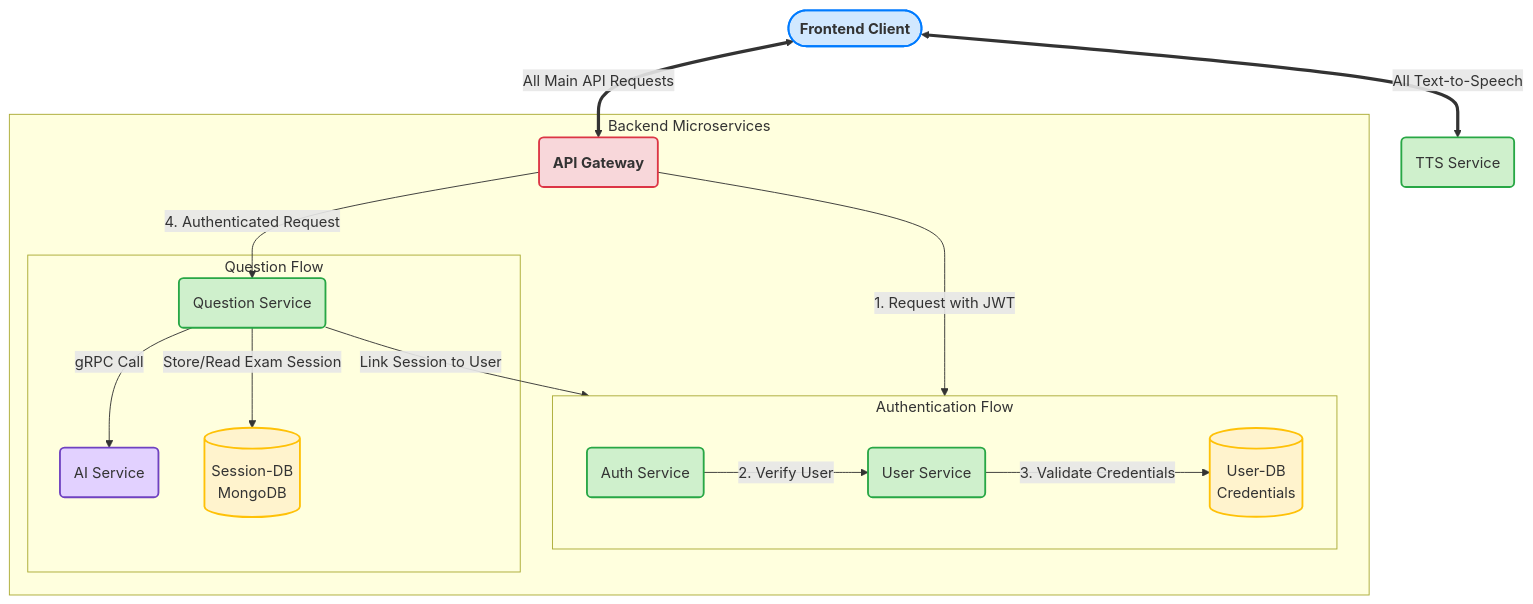
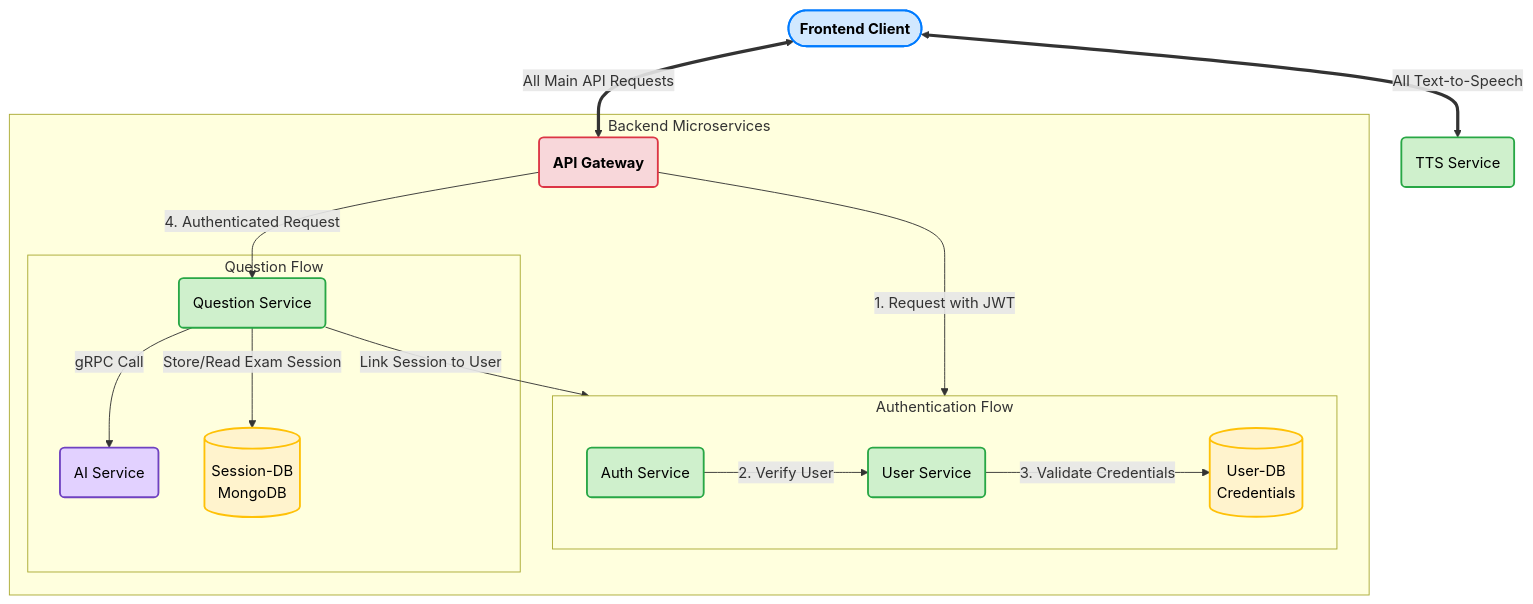
One commit to sanjog0810/De-Code changed the diagram in README.md. Above: the diagram before and after it, drawn with Mermaid.

````diff
--- a/README.md
+++ b/README.md
@@ -46,59 +46,60 @@
 ```mermaid
 graph TD
     %% --- Definitions & Styling ---
-    classDef frontend fill:#D1E8FF,stroke:#007bff,stroke-width:2px,font-weight:bold;
-    classDef service fill:#CFF0CC,stroke:#28a745,stroke-width:2px;
-    classDef specialSvc fill:#E2D1FF,stroke:#6f42c1,stroke-width:2px;
-    classDef gateway fill:#F8D7DA,stroke:#dc3545,stroke-width:2px,font-weight:bold;
-    classDef db fill:#FFF3CD,stroke:#ffc107,stroke-width:2px;
+    classDef frontend fill:#D1E8FF,stroke:#007bff,stroke-width:2px,font-weight:bold,color:#000000;
+    classDef service fill:#CFF0CC,stroke:#28a745,stroke-width:2px,color:#000000;
+    classDef specialSvc fill:#E2D1FF,stroke:#6f42c1,stroke-width:2px,color:#000000;
+    classDef gateway fill:#F8D7DA,stroke:#dc3545,stroke-width:2px,font-weight:bold,color:#000000;
+    classDef db fill:#FFF3CD,stroke:#ffc107,stroke-width:2px,color:#000000;
 
     %% --- Top-Level Nodes ---
     FE([Frontend Client])
     TTS(TTS Service)
     
     class FE frontend;
     class TTS service;
 
     %% --- Backend Subgraph ---
     subgraph Backend Microservices
         
         APIGW(API Gateway)
         class APIGW gateway;
 
         %% --- Authentication Sub-Flow ---
         subgraph Authentication Flow
             direction LR
             Auth(Auth Service)
             UserSvc(User Service)
             UserDB[(User-DB<br>Credentials)]
             
             class Auth,UserSvc service;
             class UserDB db;
         end
 
         %% --- Question Service Sub-Flow ---
         subgraph Question Flow
             QS(Question Service)
             AISvc(AI Service)
             SessionDB[(Session-DB<br>MongoDB)]
             
             class QS service;
             class AISvc specialSvc;
             class SessionDB db;
         end
         
         %% --- Backend Internal Connections ---
         APIGW -- "1. Request with JWT" --> Auth
         Auth -- "2. Verify User" --> UserSvc
         UserSvc -- "3. Validate Credentials" --> UserDB
         
         APIGW -- "4. Authenticated Request" --> QS
         QS -- "gRPC Call" --> AISvc
         QS -- "Store/Read Exam Session" --> SessionDB
         QS -- "Link Session to User" --> UserSvc
     end
 
     %% --- Top-Level Connections ---
     FE <== "All Text-to-Speech" ==> TTS
     FE <== "All Main API Requests" ==> APIGW
+
 ```
````
